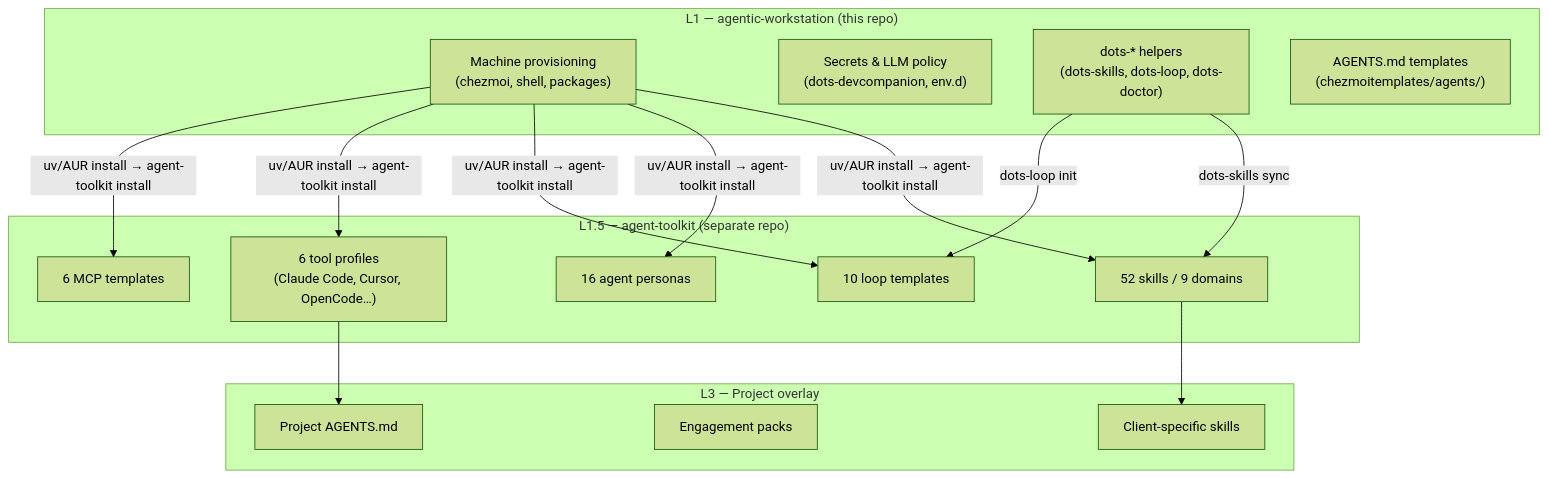
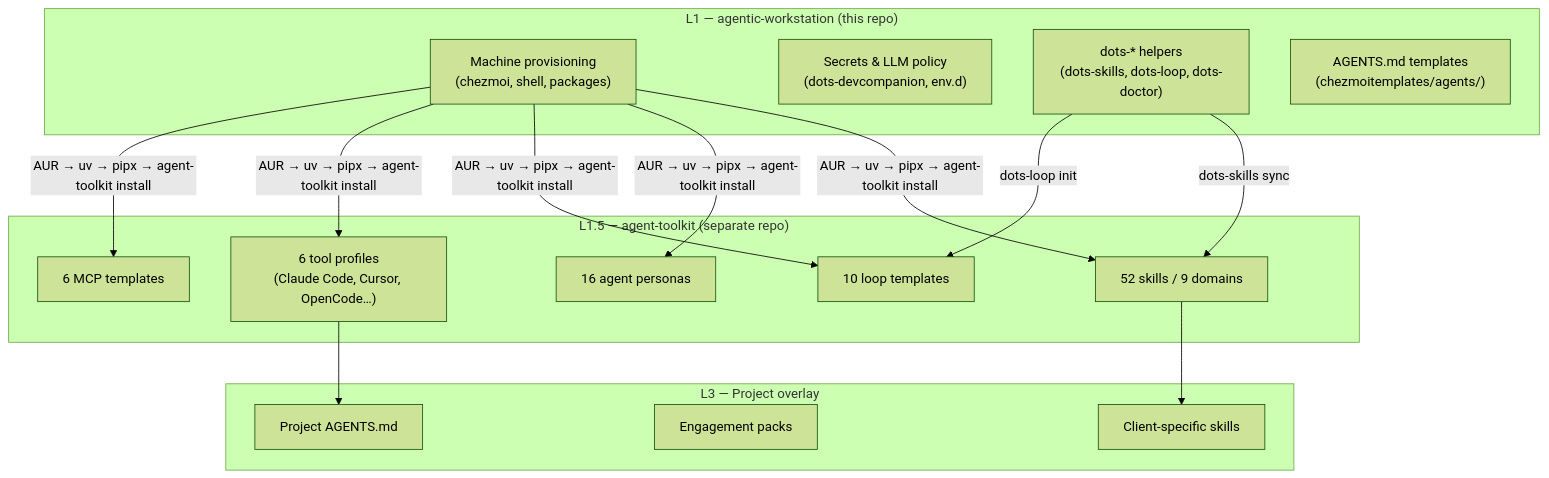
The second of 2 diagrams in docs/ARCHITECTURE.md (ulises-jeremias/agentic-workstation), drawn with Mermaid (forest theme) before and after one commit. The commit also changed 2 other files, not shown here.

Commit message:
docs: address CodeRabbit install-order and loop naming nits
Align diagrams with AUR → uv → pipx installer chain and replace
stale ci-health example with ci-sweeper.

````diff
--- a/docs/ARCHITECTURE.md
+++ b/docs/ARCHITECTURE.md
@@ -67,33 +67,33 @@
 ```mermaid
 graph TD
     subgraph "L1 — agentic-workstation (this repo)"
         AW1["Machine provisioning<br/>(chezmoi, shell, packages)"]
         AW2["Secrets & LLM policy<br/>(dots-devcompanion, env.d)"]
         AW3["dots-* helpers<br/>(dots-skills, dots-loop, dots-doctor)"]
         AW4["AGENTS.md templates<br/>(chezmoitemplates/agents/)"]
     end
 
     subgraph "L1.5 — agent-toolkit (separate repo)"
         AT1["52 skills / 9 domains"]
         AT2["16 agent personas"]
         AT3["10 loop templates"]
         AT4["6 tool profiles<br/>(Claude Code, Cursor, OpenCode…)"]
         AT5["6 MCP templates"]
     end
 
     subgraph "L3 — Project overlay"
         PO1["Project AGENTS.md"]
         PO2["Engagement packs"]
         PO3["Client-specific skills"]
     end
 
-    AW1 -->|"uv/AUR install → agent-toolkit install"| AT1
-    AW1 -->|"uv/AUR install → agent-toolkit install"| AT2
-    AW1 -->|"uv/AUR install → agent-toolkit install"| AT3
-    AW1 -->|"uv/AUR install → agent-toolkit install"| AT4
-    AW1 -->|"uv/AUR install → agent-toolkit install"| AT5
+    AW1 -->|"AUR → uv → pipx → agent-toolkit install"| AT1
+    AW1 -->|"AUR → uv → pipx → agent-toolkit install"| AT2
+    AW1 -->|"AUR → uv → pipx → agent-toolkit install"| AT3
+    AW1 -->|"AUR → uv → pipx → agent-toolkit install"| AT4
+    AW1 -->|"AUR → uv → pipx → agent-toolkit install"| AT5
     AW3 -->|"dots-skills sync"| AT1
     AW3 -->|"dots-loop init"| AT3
     AT1 --> PO3
     AT4 --> PO1
 ```
````
